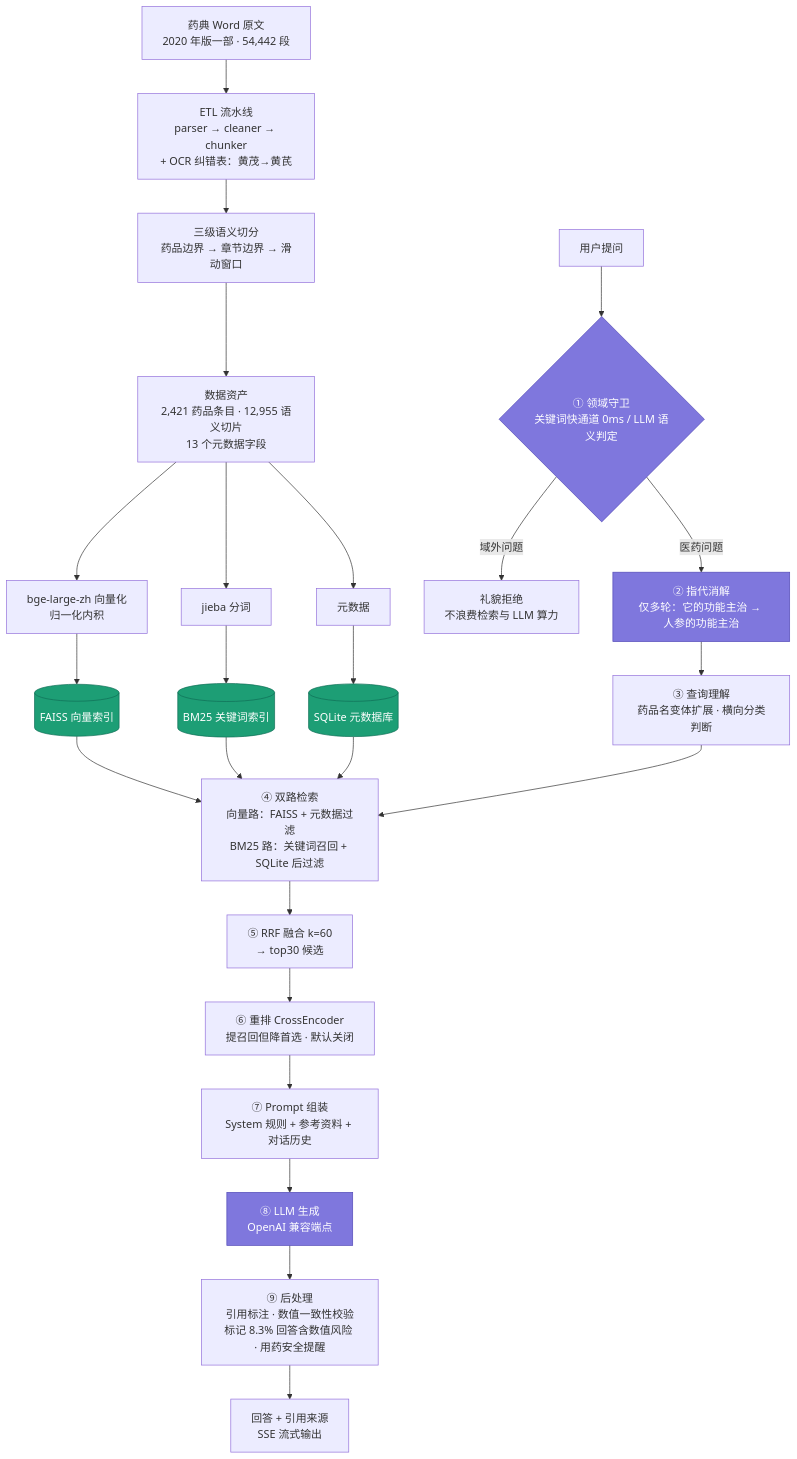
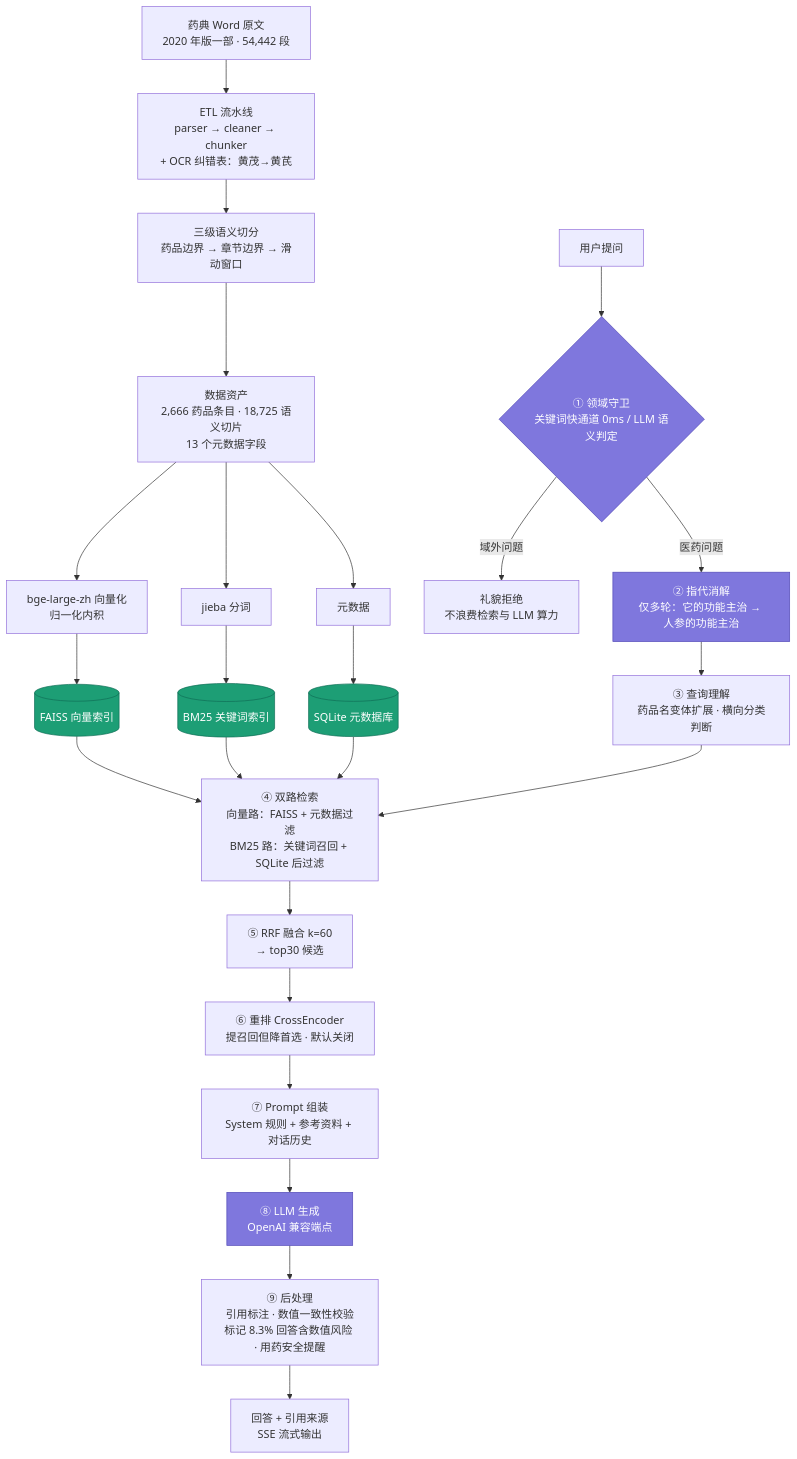
The first of 2 diagrams in README.md (qiz7z/RAG-ChineseMedicine-QA), drawn with Mermaid before and after one commit. The commit also changed other lines of this file and 28 other files, not shown here.

````diff
--- a/README.md
+++ b/README.md
@@ -13,36 +19,36 @@
 ```mermaid
 flowchart TD
     A["药典 Word 原文<br>2020 年版一部 · 54,442 段"] --> B["ETL 流水线<br>parser → cleaner → chunker<br>+ OCR 纠错表：黄茂→黄芪"]
     B --> C["三级语义切分<br>药品边界 → 章节边界 → 滑动窗口"]
-    C --> D["数据资产<br>2,421 药品条目 · 12,955 语义切片<br>13 个元数据字段"]
+    C --> D["数据资产<br>2,666 药品条目 · 18,725 语义切片<br>13 个元数据字段"]
 
     D --> E["bge-large-zh 向量化<br>归一化内积"]
     D --> F["jieba 分词"]
     D --> G["元数据"]
 
     E --> H[("FAISS 向量索引")]
     F --> I[("BM25 关键词索引")]
     G --> J[("SQLite 元数据库")]
 
     K["用户提问"] --> L{"① 领域守卫<br>关键词快通道 0ms / LLM 语义判定"}
     L -->|域外问题| M["礼貌拒绝<br>不浪费检索与 LLM 算力"]
     L -->|医药问题| N["② 指代消解<br>仅多轮：它的功能主治 → 人参的功能主治"]
     N --> O["③ 查询理解<br>药品名变体扩展 · 横向分类判断"]
     O --> P["④ 双路检索<br>向量路：FAISS + 元数据过滤<br>BM25 路：关键词召回 + SQLite 后过滤"]
     H --> P
     I --> P
     J --> P
     P --> Q["⑤ RRF 融合 k=60<br>→ top30 候选"]
     Q --> R["⑥ 重排 CrossEncoder<br>提召回但降首选 · 默认关闭"]
     R --> S["⑦ Prompt 组装<br>System 规则 + 参考资料 + 对话历史"]
     S --> T["⑧ LLM 生成<br>OpenAI 兼容端点"]
     T --> U["⑨ 后处理<br>引用标注 · 数值一致性校验<br>标记 8.3% 回答含数值风险 · 用药安全提醒"]
     U --> V["回答 + 引用来源<br>SSE 流式输出"]
 
     style L fill:#7F77DD,stroke:#534AB7,color:#fff
     style N fill:#7F77DD,stroke:#534AB7,color:#fff
     style T fill:#7F77DD,stroke:#534AB7,color:#fff
     style H fill:#1D9E75,stroke:#0F6E56,color:#fff
     style I fill:#1D9E75,stroke:#0F6E56,color:#fff
     style J fill:#1D9E75,stroke:#0F6E56,color:#fff
 ```
````
